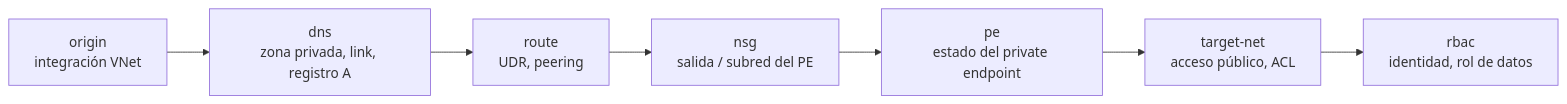
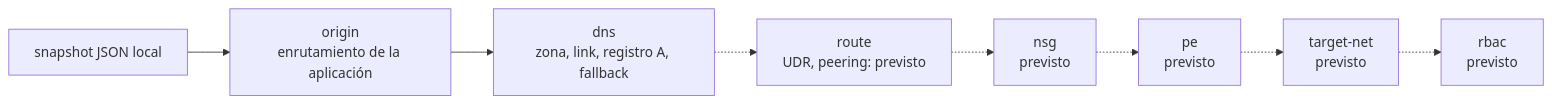
The diagram in README.es.md (p3rformative/reachwhy), drawn with Mermaid before and after one commit. The commit also changed other lines of this file and 2 other files, not shown here.

First line of the commit message:
docs: README más claro (en/es) y ROADMAP con la fase 1 ya en main

````diff
--- a/README.es.md
+++ b/README.es.md
@@ -58,9 +211,10 @@
 ```mermaid
 flowchart LR
-    O["origin<br/>integración VNet"] --> D["dns<br/>zona privada, link, registro A"]
-    D --> R["route<br/>UDR, peering"]
-    R --> N["nsg<br/>salida / subred del PE"]
-    N --> P["pe<br/>estado del private endpoint"]
-    P --> T["target-net<br/>acceso público, ACL"]
-    T --> B["rbac<br/>identidad, rol de datos"]
+    S["snapshot JSON local"] --> O["origin<br/>enrutamiento de la aplicación"]
+    O --> D["dns<br/>zona, link, registro A, fallback"]
+    D -.-> R["route<br/>UDR, peering: previsto"]
+    R -.-> N["nsg<br/>previsto"]
+    N -.-> P["pe<br/>previsto"]
+    P -.-> T["target-net<br/>previsto"]
+    T -.-> B["rbac<br/>previsto"]
 ```
````
